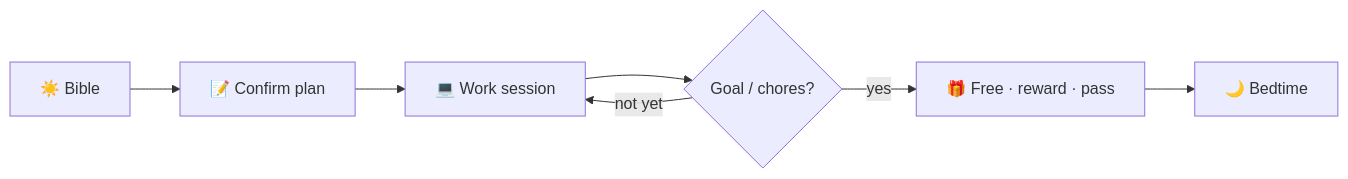
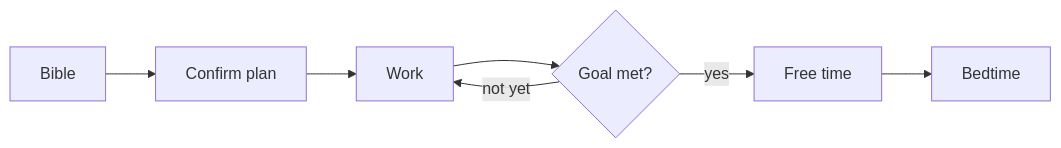
One commit to EZIOJP/calt-focus changed the diagram in README.md. Above: the diagram before and after it, drawn with Mermaid. The commit also changed other lines of this file and 5 other files, not shown here.

First line of the commit message:
Polish product README and widen example charts for clarity.

````diff
--- a/README.md
+++ b/README.md
@@ -46,9 +46,9 @@
 ```mermaid
 flowchart LR
-  A[☀️ Bible] --> B[📝 Confirm plan]
-  B --> C[💻 Work session]
-  C --> D{Goal / chores?}
-  D -->|yes| E[🎁 Free · reward · pass]
+  A[Bible] --> B[Confirm plan]
+  B --> C[Work]
+  C --> D{Goal met?}
+  D -->|yes| E[Free time]
   D -->|not yet| C
-  E --> F[🌙 Bedtime]
+  E --> F[Bedtime]
 ```
````
